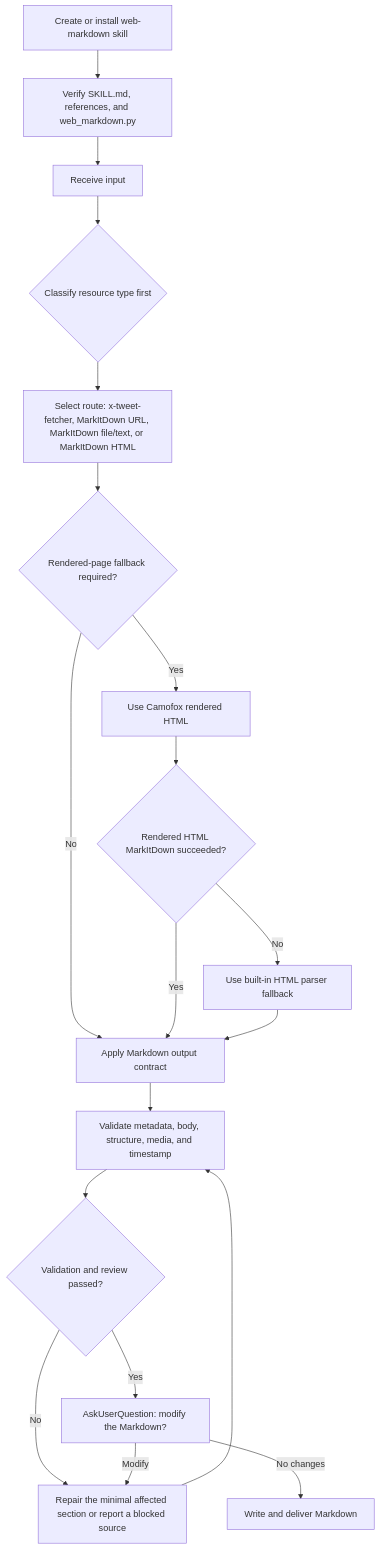
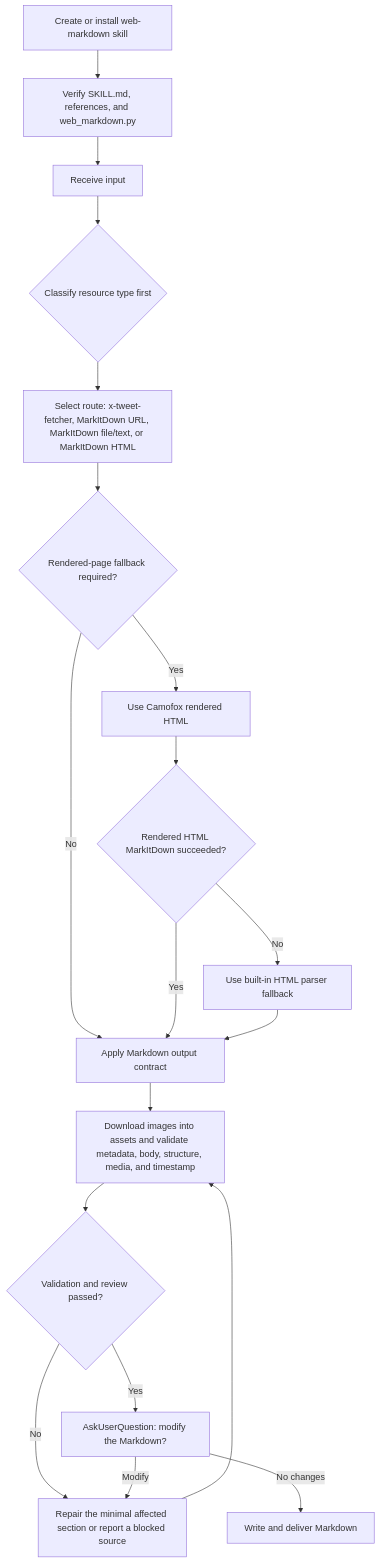
Before and after one commit to chaos-design/skills: the diagram in skills/web-markdown/README.md, drawn with Mermaid. The commit also changed other lines of this file and 15 other files, not shown here.

````diff
--- a/skills/web-markdown/README.md
+++ b/skills/web-markdown/README.md
@@ -114,21 +142,21 @@
 ```mermaid
 flowchart TD
   A[Create or install web-markdown skill] --> B[Verify SKILL.md, references, and web_markdown.py]
   B --> C[Receive input]
   C --> D{Classify resource type first}
   D --> E[Select route: x-tweet-fetcher, MarkItDown URL, MarkItDown file/text, or MarkItDown HTML]
   E --> F{Rendered-page fallback required?}
   F -- No --> G[Apply Markdown output contract]
   F -- Yes --> H[Use Camofox rendered HTML]
   H --> I{Rendered HTML MarkItDown succeeded?}
   I -- Yes --> G
   I -- No --> J[Use built-in HTML parser fallback]
   J --> G
-  G --> K[Validate metadata, body, structure, media, and timestamp]
+  G --> K[Download images into assets and validate metadata, body, structure, media, and timestamp]
   K --> L{Validation and review passed?}
   L -- No --> M[Repair the minimal affected section or report a blocked source]
   M --> K
   L -- Yes --> N[AskUserQuestion: modify the Markdown?]
   N -- Modify --> M
   N -- No changes --> O[Write and deliver Markdown]
 ```
````
